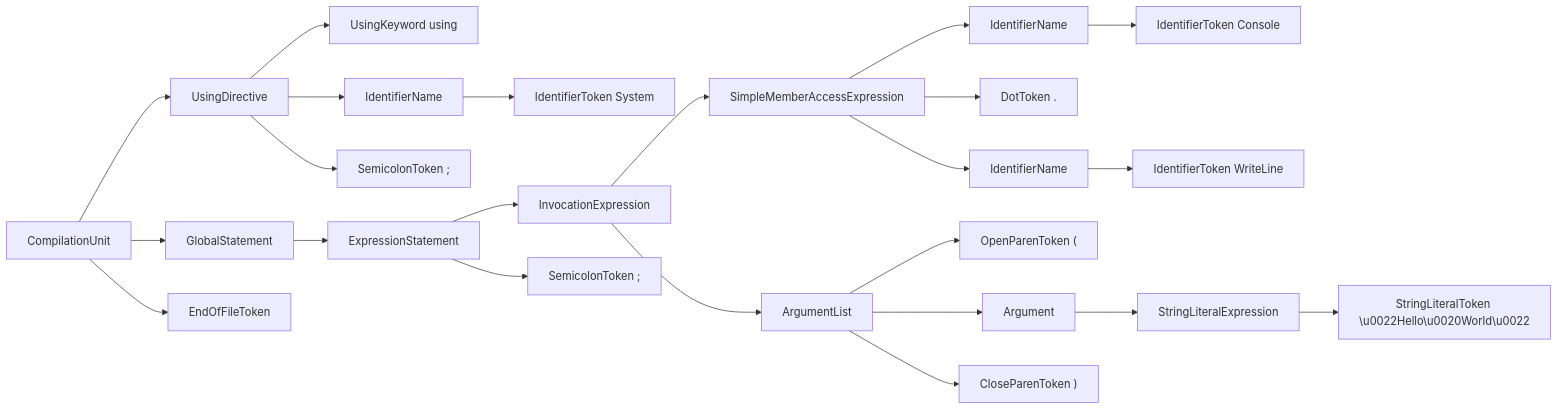
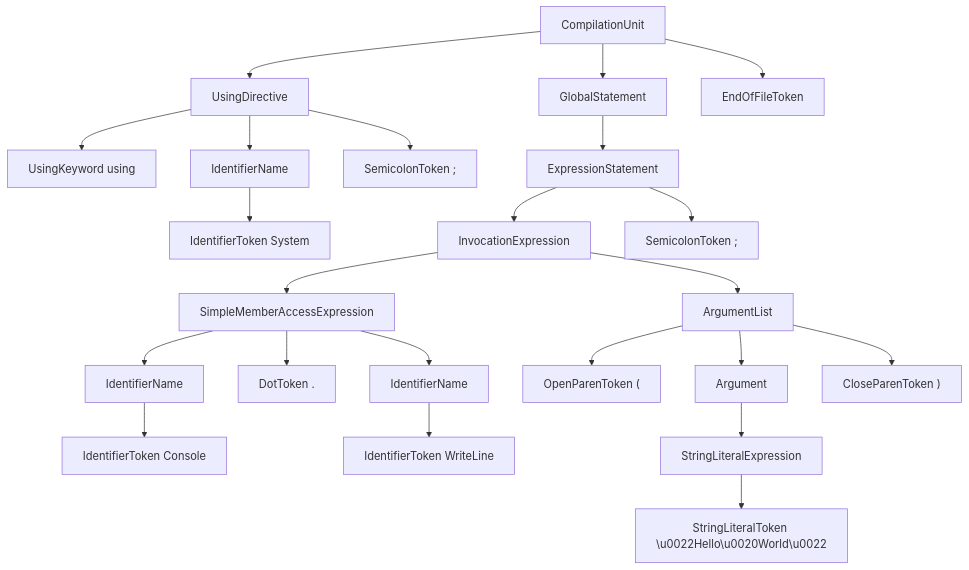
Before and after one commit to itn3000/Cs2Mermaid: the diagram in README.md, drawn with Mermaid.

Commit message:
fix example output chart orientation

````diff
--- a/README.md
+++ b/README.md
@@ -58,48 +58,48 @@
 ```mermaid
-flowchart LR
+flowchart TD
   CompilationUnit_0["CompilationUnit"]
   UsingDirective_0["UsingDirective"]
   CompilationUnit_0 --> UsingDirective_0
     UsingDirective_0 --> UsingKeyword_0["UsingKeyword using"]
     IdentifierName_0["IdentifierName"]
     UsingDirective_0 --> IdentifierName_0
       IdentifierName_0 --> IdentifierToken_0["IdentifierToken System"]
       IdentifierName_0["IdentifierName"]
     UsingDirective_0 --> SemicolonToken_0["SemicolonToken ;"]
     UsingDirective_0["UsingDirective"]
   GlobalStatement_0["GlobalStatement"]
   CompilationUnit_0 --> GlobalStatement_0
     ExpressionStatement_0["ExpressionStatement"]
     GlobalStatement_0 --> ExpressionStatement_0
       InvocationExpression_0["InvocationExpression"]
       ExpressionStatement_0 --> InvocationExpression_0
         SimpleMemberAccessExpression_0["SimpleMemberAccessExpression"]
         InvocationExpression_0 --> SimpleMemberAccessExpression_0
           IdentifierName_1["IdentifierName"]
           SimpleMemberAccessExpression_0 --> IdentifierName_1
             IdentifierName_1 --> IdentifierToken_1["IdentifierToken Console"]
             IdentifierName_1["IdentifierName"]
           SimpleMemberAccessExpression_0 --> DotToken_0["DotToken ."]
           IdentifierName_2["IdentifierName"]
           SimpleMemberAccessExpression_0 --> IdentifierName_2
             IdentifierName_2 --> IdentifierToken_2["IdentifierToken WriteLine"]
             IdentifierName_2["IdentifierName"]
           SimpleMemberAccessExpression_0["SimpleMemberAccessExpression"]
         ArgumentList_0["ArgumentList"]
         InvocationExpression_0 --> ArgumentList_0
           ArgumentList_0 --> OpenParenToken_0["OpenParenToken ("]
           Argument_0["Argument"]
           ArgumentList_0 --> Argument_0
             StringLiteralExpression_0["StringLiteralExpression"]
             Argument_0 --> StringLiteralExpression_0
               StringLiteralExpression_0 --> StringLiteralToken_0["StringLiteralToken \u0022Hello\u0020World\u0022"]
               StringLiteralExpression_0["StringLiteralExpression"]
             Argument_0["Argument"]
           ArgumentList_0 --> CloseParenToken_0["CloseParenToken )"]
           ArgumentList_0["ArgumentList"]
         InvocationExpression_0["InvocationExpression"]
       ExpressionStatement_0 --> SemicolonToken_1["SemicolonToken ;"]
       ExpressionStatement_0["ExpressionStatement"]
     GlobalStatement_0["GlobalStatement"]
   CompilationUnit_0 --> EndOfFileToken_0["EndOfFileToken "]
 ```
````
